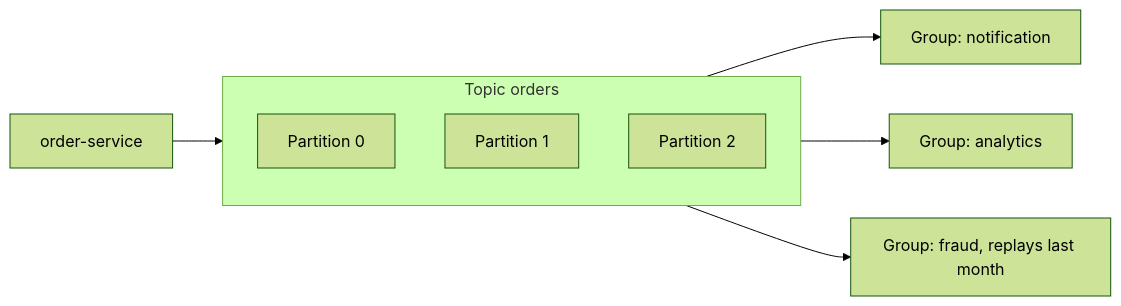
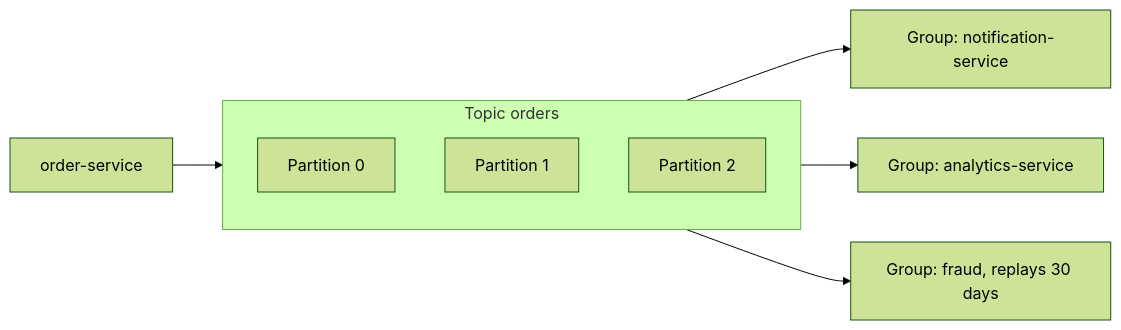
The second of 2 diagrams in notes/02-messaging/02-kafka/01-kafka-overview.md (jubin-techwiz/learning), drawn with Mermaid (forest theme) before and after one commit. The commit also changed other lines of this file and 37 other files, not shown here.

````diff
--- a/notes/02-messaging/02-kafka/01-kafka-overview.md
+++ b/notes/02-messaging/02-kafka/01-kafka-overview.md
@@ -39,13 +64,13 @@
 ```mermaid
 flowchart LR
     P[order-service] --> T
     subgraph T[Topic orders]
         direction TB
         a[Partition 0]
         b[Partition 1]
         c[Partition 2]
     end
-    T --> G1[Group: notification]
-    T --> G2[Group: analytics]
-    T --> G3[Group: fraud, replays last month]
+    T --> G1[Group: notification-service]
+    T --> G2[Group: analytics-service]
+    T --> G3[Group: fraud, replays 30 days]
 ```
````
